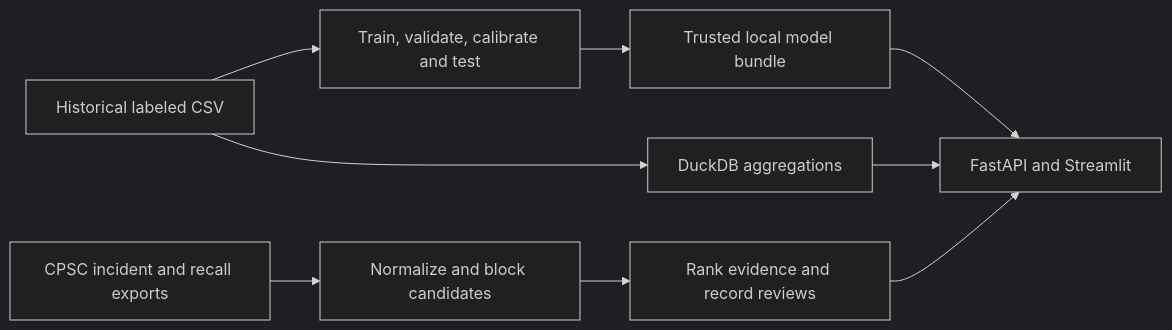
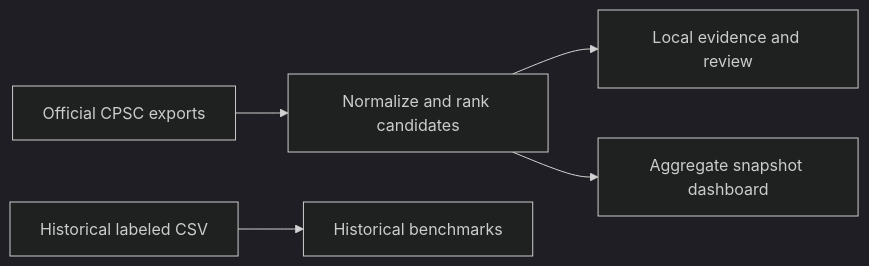
One commit to youssefrafik6/RecallGuard-V2 changed the diagram in README.md. Above: the diagram before and after it, drawn with Mermaid (dark theme). The commit also changed other lines of this file and 14 other files, not shown here.

Commit message:
Rebuild RecallGuard around official CPSC snapshots

````diff
--- a/README.md
+++ b/README.md
@@ -9,11 +9,7 @@
 ```mermaid
 flowchart LR
-    R[CPSC incident and recall exports] --> L[Normalize and block candidates]
-    L --> H[Rank evidence and record reviews]
-    C[Historical labeled CSV] --> S[Train, validate, calibrate and test]
-    S --> M[Trusted local model bundle]
-    C --> Q[DuckDB aggregations]
-    M --> A[FastAPI and Streamlit]
-    Q --> A
-    H --> A
+    R[Official CPSC exports] --> L[Normalize and rank candidates]
+    L --> H[Local evidence and review]
+    L --> A[Aggregate snapshot dashboard]
+    C[Historical labeled CSV] --> S[Historical benchmarks]
 ```
````
